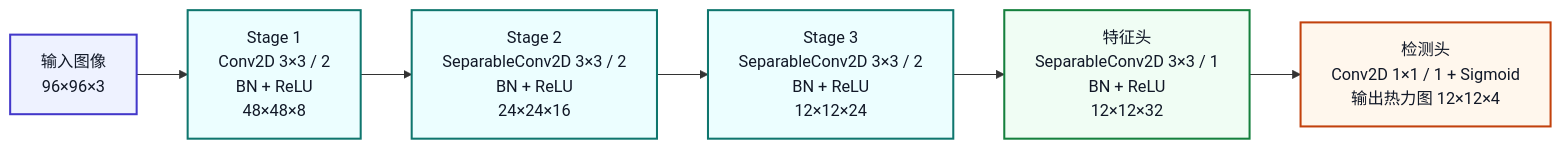
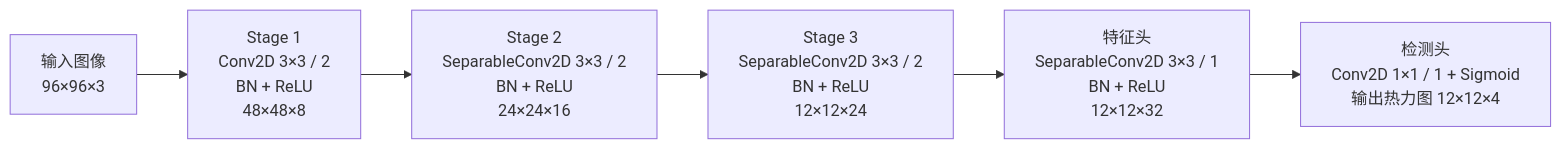
The sixth of 11 diagrams in 视觉系统软件算法设计与实现.md (LanKing-220/test123345), drawn with Mermaid before and after one commit. The commit also changed other lines of this file and 74 other files, not shown here.

````diff
--- a/视觉系统软件算法设计与实现.md
+++ b/视觉系统软件算法设计与实现.md
@@ -592,19 +642,9 @@
 ```mermaid
 flowchart LR
     A[输入图像<br/>96×96×3]
     --> B[Stage 1<br/>Conv2D 3×3 / 2<br/>BN + ReLU<br/>48×48×8]
     --> C[Stage 2<br/>SeparableConv2D 3×3 / 2<br/>BN + ReLU<br/>24×24×16]
     --> D[Stage 3<br/>SeparableConv2D 3×3 / 2<br/>BN + ReLU<br/>12×12×24]
     --> E[特征头<br/>SeparableConv2D 3×3 / 1<br/>BN + ReLU<br/>12×12×32]
     --> F[检测头<br/>Conv2D 1×1 / 1 + Sigmoid<br/>输出热力图 12×12×4]
-
-    classDef input fill:#eef2ff,stroke:#4338ca,color:#111827,stroke-width:2px;
-    classDef stage fill:#ecfeff,stroke:#0f766e,color:#111827,stroke-width:2px;
-    classDef head fill:#f0fdf4,stroke:#15803d,color:#111827,stroke-width:2px;
-    classDef detect fill:#fff7ed,stroke:#c2410c,color:#111827,stroke-width:2px;
-
-    class A input;
-    class B,C,D stage;
-    class E head;
-    class F detect;
 ```
````
